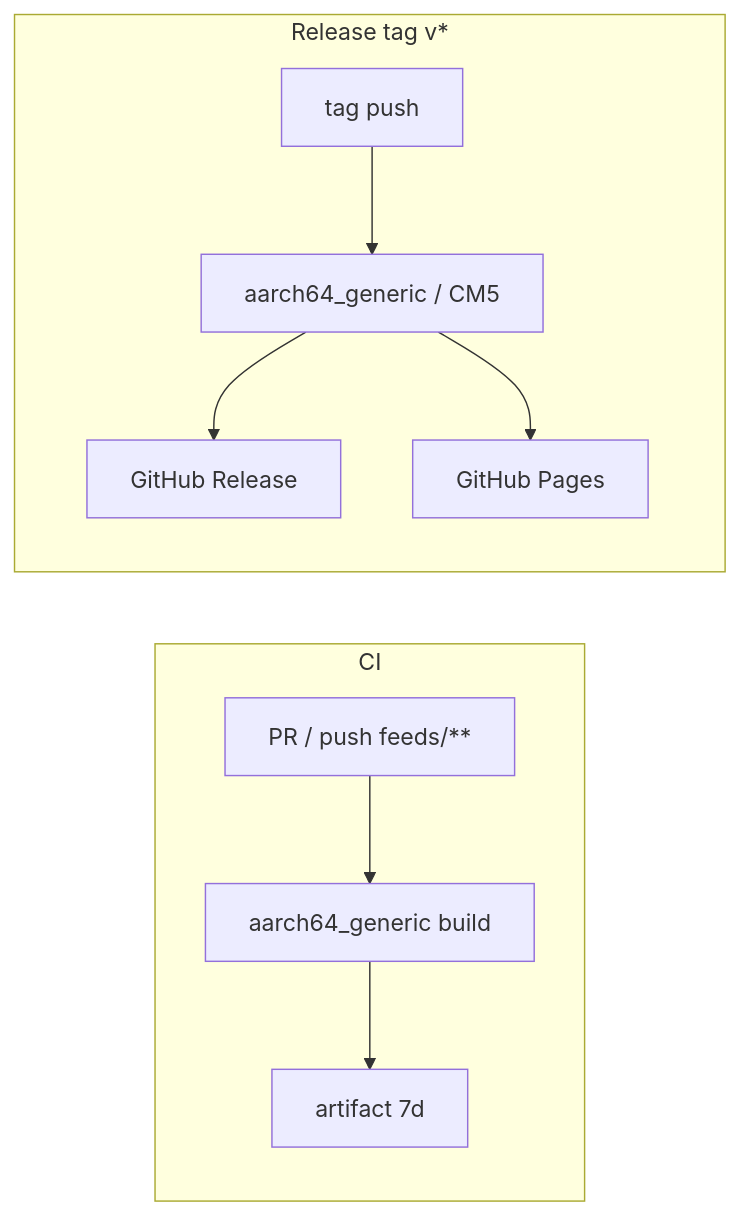
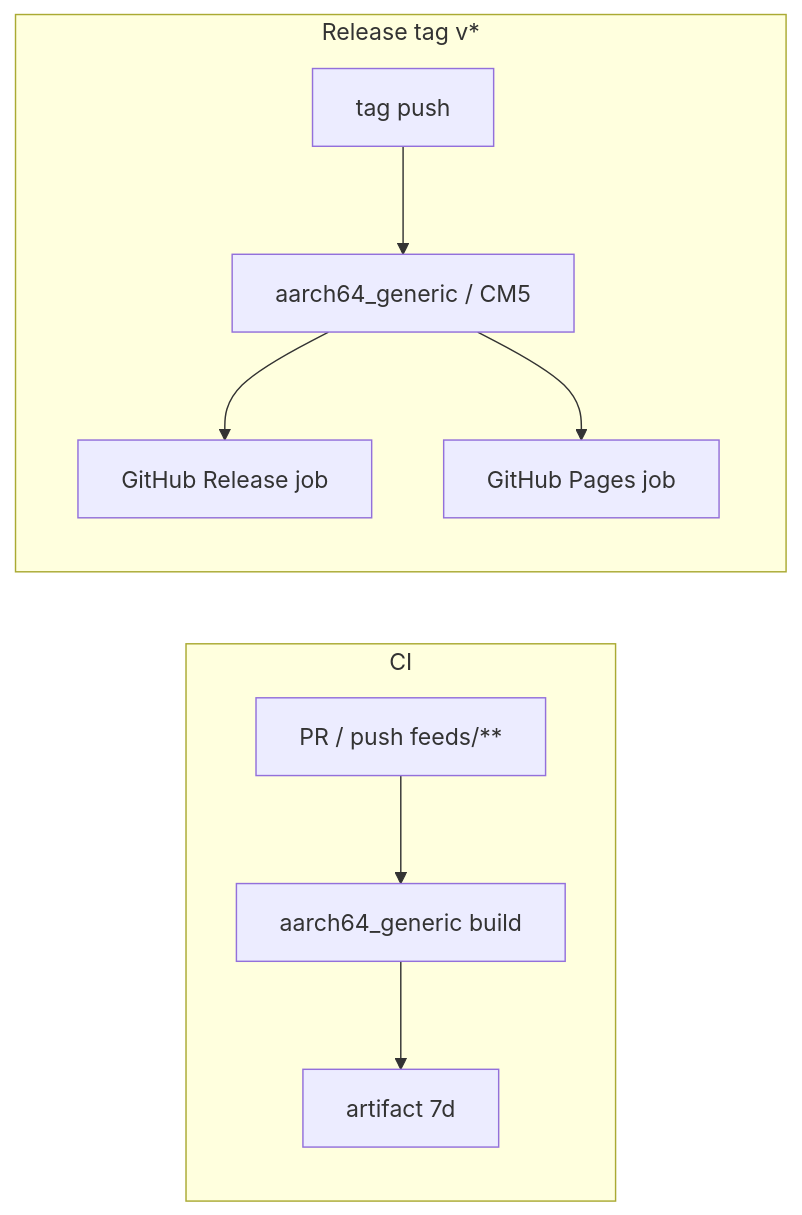
One commit to T-REX-XP/openwrt-packages changed the diagram in docs/ci-github-actions-optimization.md. Above: the diagram before and after it, drawn with Mermaid. The commit also changed other lines of this file and 5 other files, not shown here.

First line of the commit message:
Fix GitHub Pages feed publish and enable PR CI.

````diff
--- a/docs/ci-github-actions-optimization.md
+++ b/docs/ci-github-actions-optimization.md
@@ -41,13 +44,13 @@
 ```mermaid
 flowchart LR
   subgraph ci [CI]
     PR[PR / push feeds/**] --> RK[aarch64_generic build]
     RK --> Art[artifact 7d]
   end
 
   subgraph rel [Release tag v*]
     T[tag push] --> CM5[aarch64_generic / CM5]
-    CM5 --> GR[GitHub Release]
-    CM5 --> PG[GitHub Pages]
+    CM5 --> GR[GitHub Release job]
+    CM5 --> PG[GitHub Pages job]
   end
 ```
````
